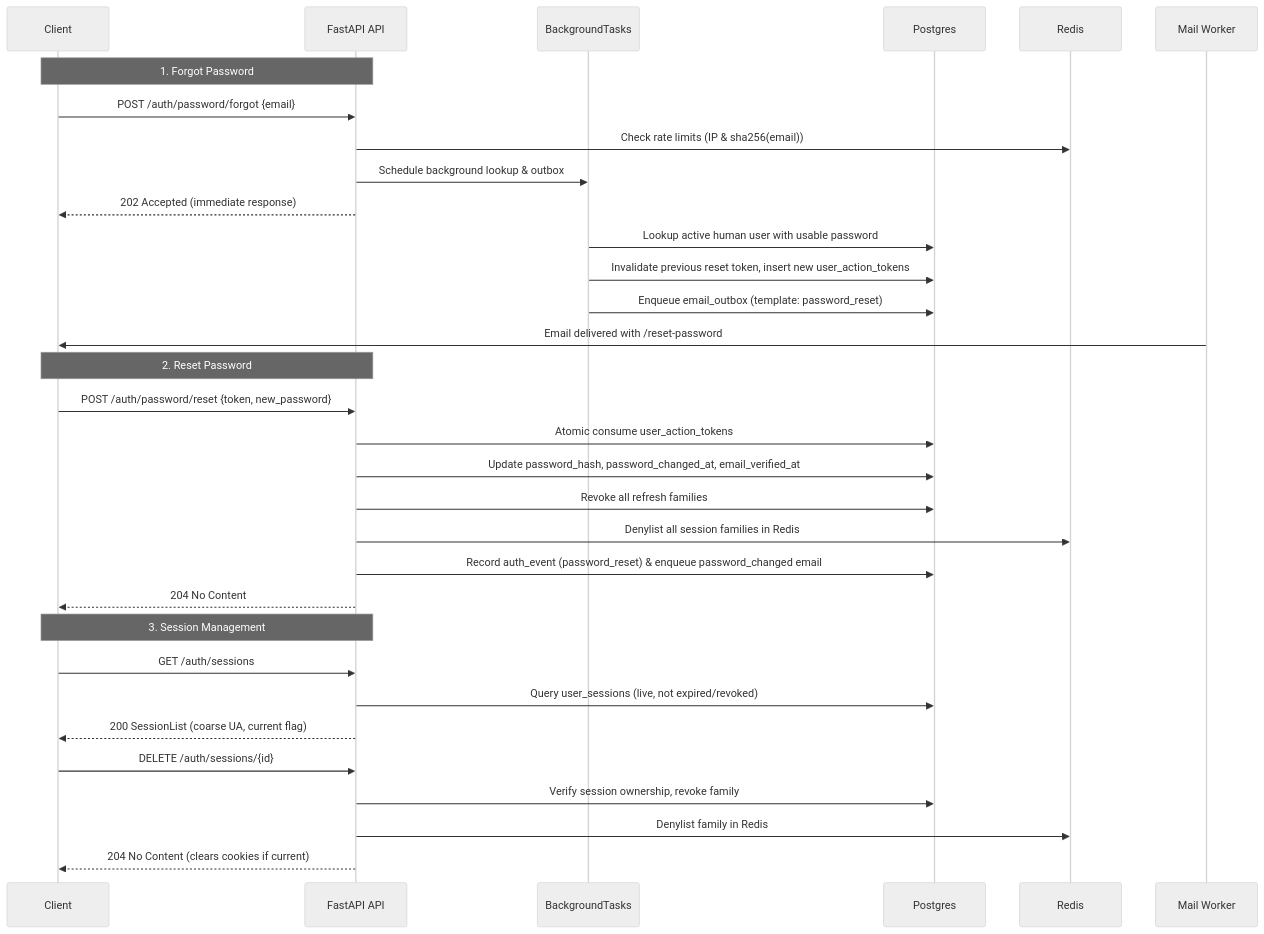
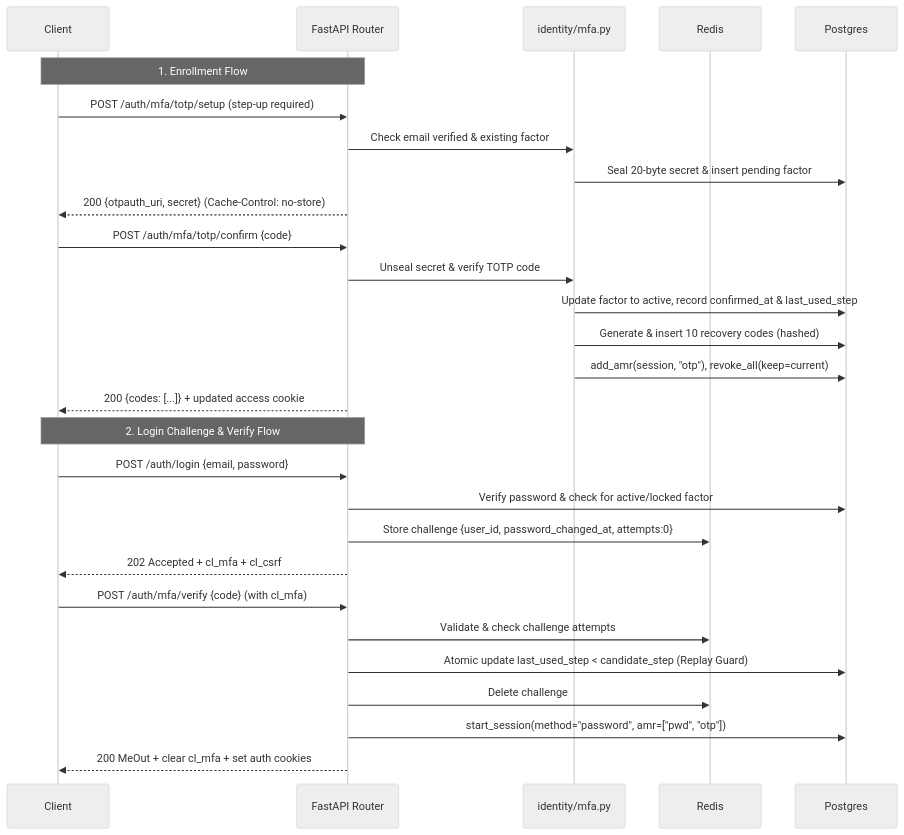
Before and after one commit to TuanSOC/cyber: the diagram in SPEC.md, drawn with Mermaid (neutral theme). The commit also changed other lines of this file and 20 other files, not shown here.

Commit message:
feat(identity): TOTP MFA, recovery codes, login challenge and step-up (M11 phase 5)

````diff
--- a/SPEC.md
+++ b/SPEC.md
@@ -17,38 +37,34 @@
 ```mermaid
 sequenceDiagram
     participant C as Client
-    participant API as FastAPI API
-    participant BG as BackgroundTasks
+    participant API as FastAPI Router
+    participant MFA as identity/mfa.py
+    participant R as Redis
     participant DB as Postgres
-    participant R as Redis
-    participant MW as Mail Worker
 
-    Note over C,API: 1. Forgot Password
-    C->>API: POST /auth/password/forgot {email}
-    API->>R: Check rate limits (IP & sha256(email))
-    API->>BG: Schedule background lookup & outbox
-    API-->>C: 202 Accepted (immediate response)
-    BG->>DB: Lookup active human user with usable password
-    BG->>DB: Invalidate previous reset token, insert new user_action_tokens
-    BG->>DB: Enqueue email_outbox (template: password_reset)
-    MW->>C: Email delivered with /reset-password#t=<token>
+    Note over C,API: 1. Enrollment Flow
+    C->>API: POST /auth/mfa/totp/setup (step-up required)
+    API->>MFA: Check email verified & existing factor
+    MFA->>DB: Seal 20-byte secret & insert pending factor
+    API-->>C: 200 {otpauth_uri, secret} (Cache-Control: no-store)
 
-    Note over C,API: 2. Reset Password
-    C->>API: POST /auth/password/reset {token, new_password}
-    API->>DB: Atomic consume user_action_tokens
-    API->>DB: Update password_hash, password_changed_at, email_verified_at
-    API->>DB: Revoke all refresh families
-    API->>R: Denylist all session families in Redis
-    API->>DB: Record auth_event (password_reset) & enqueue password_changed email
-    API-->>C: 204 No Content
+    C->>API: POST /auth/mfa/totp/confirm {code}
+    API->>MFA: Unseal secret & verify TOTP code
+    MFA->>DB: Update factor to active, record confirmed_at & last_used_step
+    MFA->>DB: Generate & insert 10 recovery codes (hashed)
+    MFA->>DB: add_amr(session, "otp"), revoke_all(keep=current)
+    API-->>C: 200 {codes: [...]} + updated access cookie
 
-    Note over C,API: 3. Session Management
-    C->>API: GET /auth/sessions
-    API->>DB: Query user_sessions (live, not expired/revoked)
-    API-->>C: 200 SessionList (coarse UA, current flag)
+    Note over C,API: 2. Login Challenge & Verify Flow
+    C->>API: POST /auth/login {email, password}
+    API->>DB: Verify password & check for active/locked factor
+    API->>R: Store challenge {user_id, password_changed_at, attempts:0}
+    API-->>C: 202 Accepted + cl_mfa + cl_csrf
 
-    C->>API: DELETE /auth/sessions/{id}
-    API->>DB: Verify session ownership, revoke family
-    API->>R: Denylist family in Redis
-    API-->>C: 204 No Content (clears cookies if current)
+    C->>API: POST /auth/mfa/verify {code} (with cl_mfa)
+    API->>R: Validate & check challenge attempts
+    API->>DB: Atomic update last_used_step < candidate_step (Replay Guard)
+    API->>R: Delete challenge
+    API->>DB: start_session(method="password", amr=["pwd", "otp"])
+    API-->>C: 200 MeOut + clear cl_mfa + set auth cookies
 ```
````
